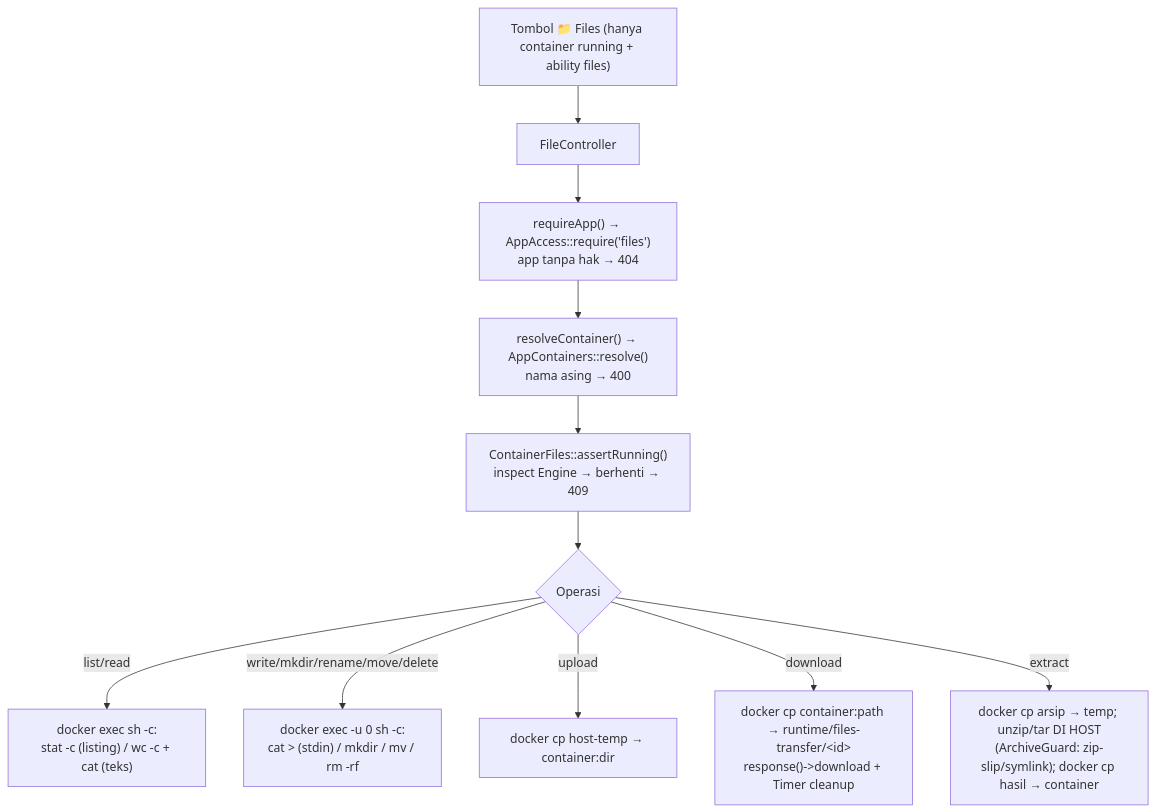
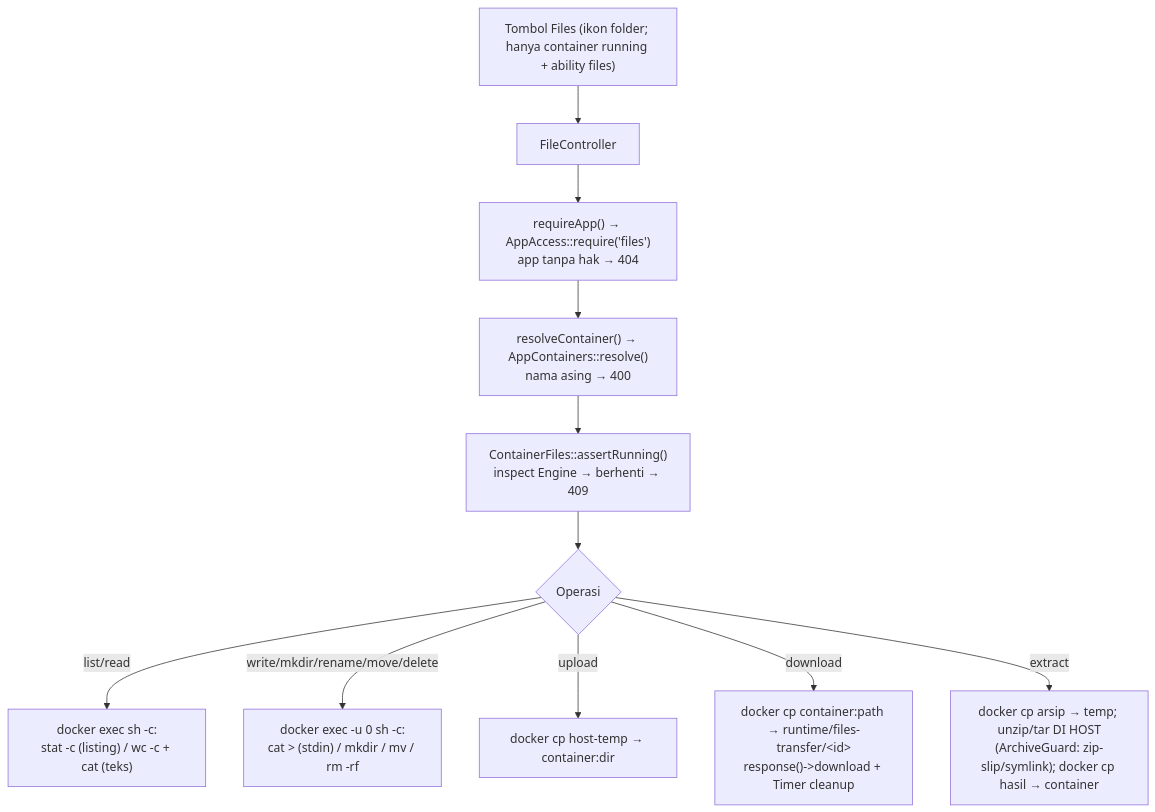
Before and after one commit to yllumi/rames: the first of 5 diagrams in docs/ARCHITECTURE/05-07-files-database-billing-sqlite-template.md, drawn with Mermaid. The commit also changed other lines of this file and 83 other files, not shown here.

````diff
--- a/docs/ARCHITECTURE/05-07-files-database-billing-sqlite-template.md
+++ b/docs/ARCHITECTURE/05-07-files-database-billing-sqlite-template.md
@@ -11,13 +11,13 @@
 ```mermaid
 flowchart TD
-    B["Tombol 📁 Files (hanya container running + ability files)"] --> C[FileController]
+    B["Tombol Files (ikon folder; hanya container running + ability files)"] --> C[FileController]
     C --> R["requireApp() → AppAccess::require('files')<br/>app tanpa hak → 404"]
     R --> RC["resolveContainer() → AppContainers::resolve()<br/>nama asing → 400"]
     RC --> G["ContainerFiles::assertRunning()<br/>inspect Engine → berhenti → 409"]
     G --> OP{Operasi}
     OP -- list/read --> E1["docker exec sh -c:<br/>stat -c (listing) / wc -c + cat (teks)"]
     OP -- write/mkdir/rename/move/delete --> E2["docker exec -u 0 sh -c:<br/>cat &gt; (stdin) / mkdir / mv / rm -rf"]
     OP -- upload --> T1["docker cp host-temp → container:dir"]
     OP -- download --> T2["docker cp container:path → runtime/files-transfer/&lt;id&gt;<br/>response()->download + Timer cleanup"]
     OP -- extract --> T3["docker cp arsip → temp; unzip/tar DI HOST<br/>(ArchiveGuard: zip-slip/symlink); docker cp hasil → container"]
 ```
````
